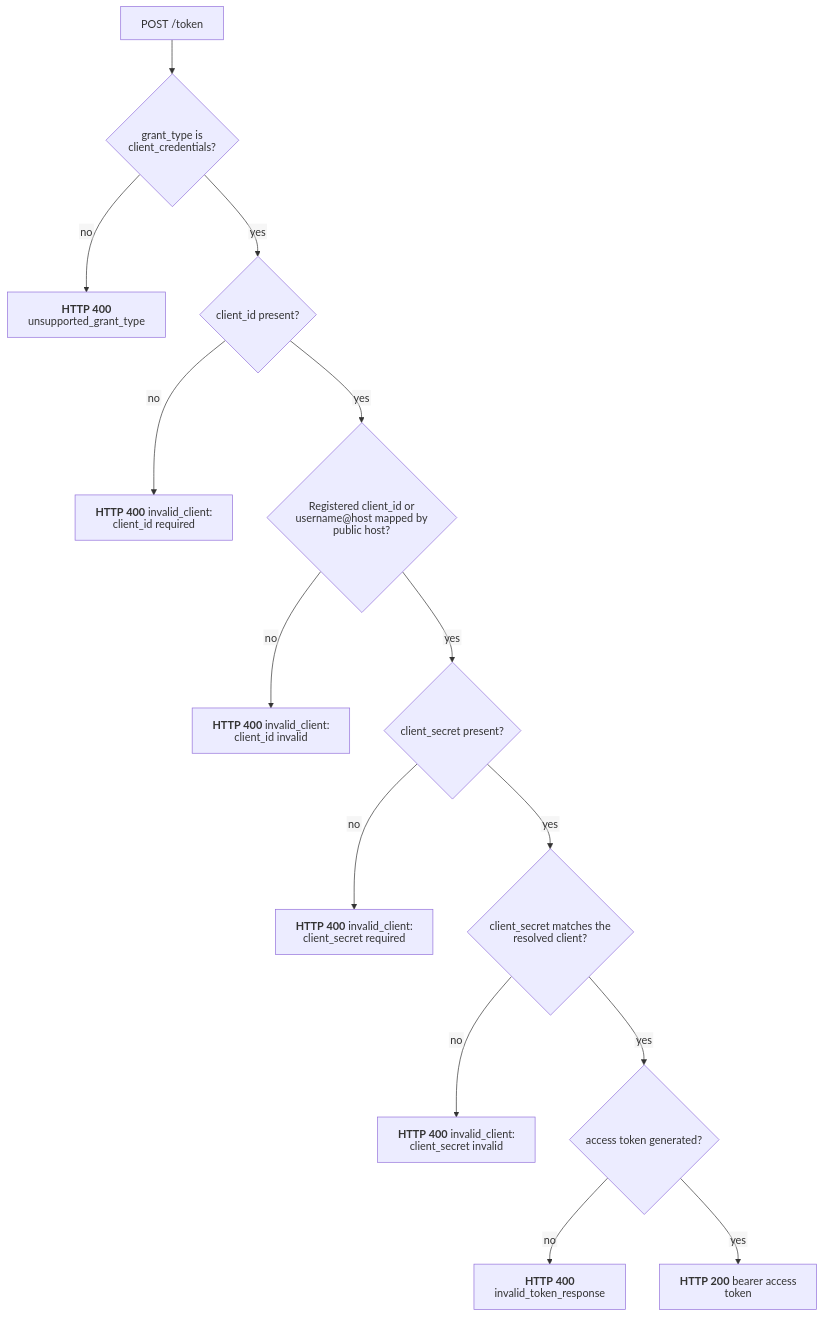
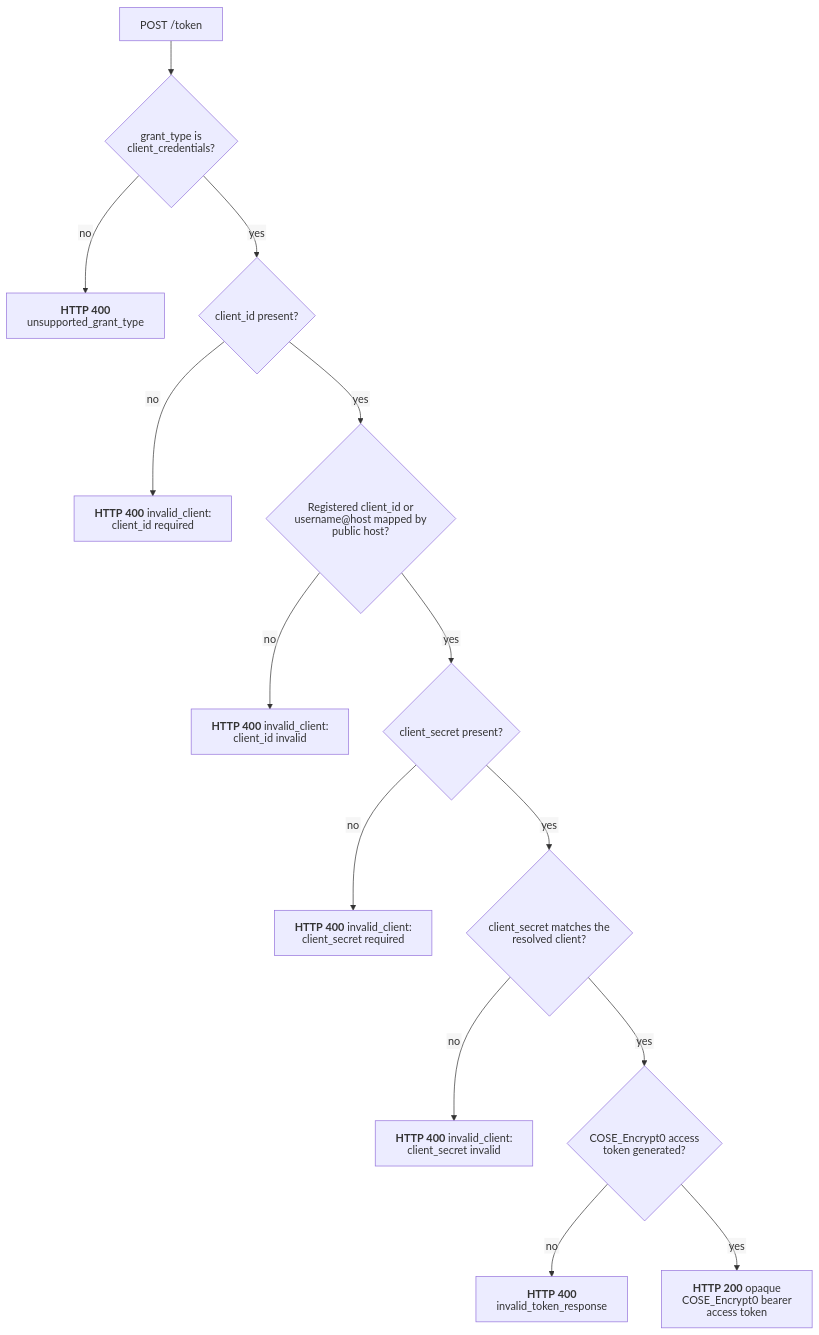
The diagram in docs/flows/oauth/client_credentials.mmd (malach-it/kagome), drawn with Mermaid before and after one commit. The commit also changed 56 other files, not shown here.

```diff
--- a/docs/flows/oauth/client_credentials.mmd
+++ b/docs/flows/oauth/client_credentials.mmd
@@ -1,15 +1,15 @@
 %%{init: {"htmlLabels": false, "flowchart": {"htmlLabels": false}}}%%
 flowchart TD
     start[POST /token] --> grant{grant_type is client_credentials?}
     grant -- no --> unsupported["`**HTTP 400** unsupported_grant_type`"]
     grant -- yes --> client_id{client_id present?}
     client_id -- no --> missing_client["`**HTTP 400** invalid_client: client_id required`"]
     client_id -- yes --> client_valid{Registered client_id or username@host mapped by public host?}
     client_valid -- no --> invalid_client["`**HTTP 400** invalid_client: client_id invalid`"]
     client_valid -- yes --> secret{client_secret present?}
     secret -- no --> missing_secret["`**HTTP 400** invalid_client: client_secret required`"]
     secret -- yes --> secret_valid{client_secret matches the resolved client?}
     secret_valid -- no --> invalid_secret["`**HTTP 400** invalid_client: client_secret invalid`"]
-    secret_valid -- yes --> generate{access token generated?}
+    secret_valid -- yes --> generate{COSE_Encrypt0 access token generated?}
     generate -- no --> generation_error["`**HTTP 400** invalid_token_response`"]
-    generate -- yes --> success["`**HTTP 200** bearer access token`"]
+    generate -- yes --> success["`**HTTP 200** opaque COSE_Encrypt0 bearer access token`"]
```
